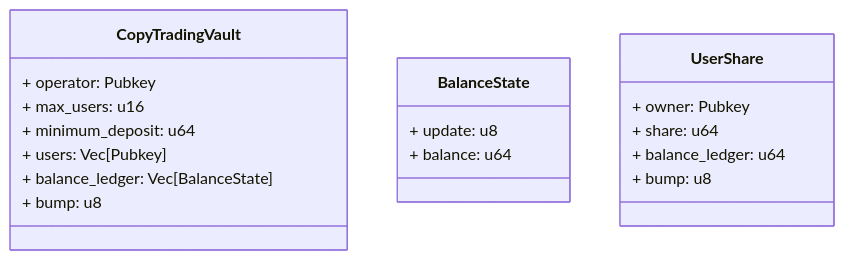
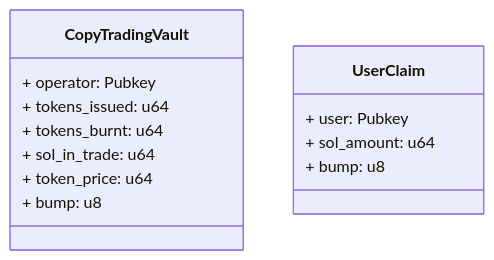
The second of 7 diagrams in docs/Architecture.md (n3m6/Q2_25_Builder_Faraz), drawn with Mermaid before and after one commit. The commit also changed other lines of this file, not shown here.

````diff
--- a/docs/Architecture.md
+++ b/docs/Architecture.md
@@ -32,23 +38,18 @@
 ```mermaid
 classDiagram
 class CopyTradingVault {
     + operator: Pubkey
-    + max_users: u16
-    + minimum_deposit: u64
-    + users: Vec[Pubkey]
-    + balance_ledger: Vec[BalanceState]
+    + tokens_issued: u64
+    + tokens_burnt: u64
+    + sol_in_trade: u64
+    + token_price: u64
     + bump: u8
 }
 
-class BalanceState {
-    + update: u8
-    + balance: u64
+class UserClaim {
+    + user: Pubkey
+    + sol_amount: u64
+    + bump: u8
 }
 
-class UserShare {
-    + owner: Pubkey
-    + share: u64
-    + balance_ledger: u64
-    + bump: u8
-}
 ```
````
